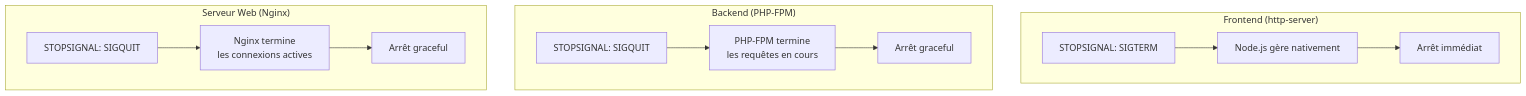
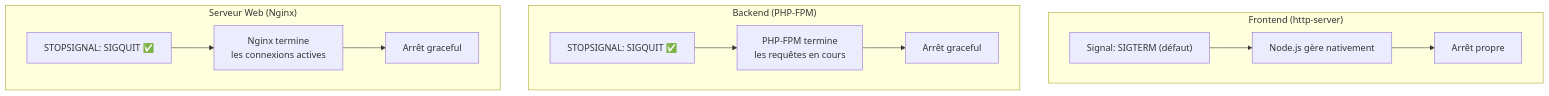
Before and after one commit to Mazlai/DevForDocker: the fifth of 8 diagrams in ARCHITECTURE.md, drawn with Mermaid. The commit also changed other lines of this file and 6 other files, not shown here.

````diff
--- a/ARCHITECTURE.md
+++ b/ARCHITECTURE.md
@@ -145,23 +145,23 @@
 ```mermaid
 flowchart TB
     subgraph Frontend["Frontend (http-server)"]
-        F1["STOPSIGNAL: SIGTERM"]
+        F1["Signal: SIGTERM (défaut)"]
         F2["Node.js gère nativement"]
-        F3["Arrêt immédiat"]
+        F3["Arrêt propre"]
         F1 --> F2 --> F3
     end
     
     subgraph Backend["Backend (PHP-FPM)"]
-        B1["STOPSIGNAL: SIGQUIT"]
+        B1["STOPSIGNAL: SIGQUIT ✅"]
         B2["PHP-FPM termine<br/>les requêtes en cours"]
         B3["Arrêt graceful"]
         B1 --> B2 --> B3
     end
     
     subgraph Web["Serveur Web (Nginx)"]
-        W1["STOPSIGNAL: SIGQUIT"]
+        W1["STOPSIGNAL: SIGQUIT ✅"]
         W2["Nginx termine<br/>les connexions actives"]
         W3["Arrêt graceful"]
         W1 --> W2 --> W3
     end
 ```
````
